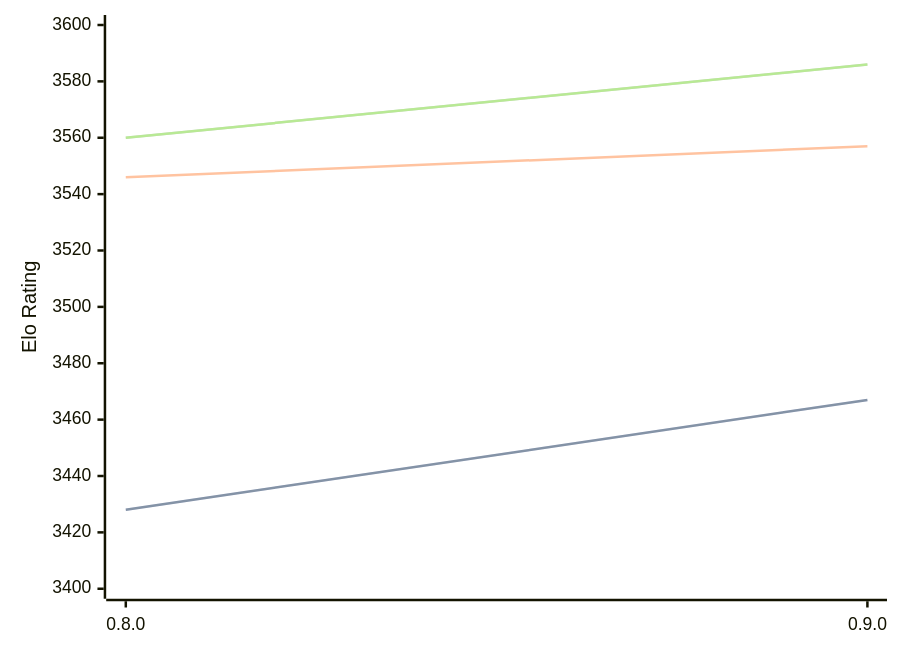
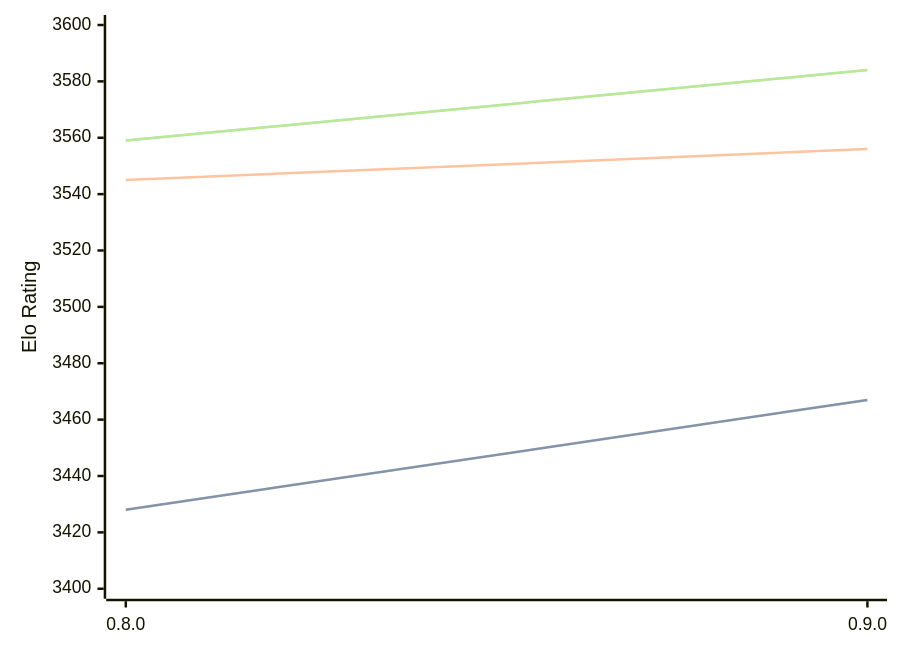
One commit to computer-chess-index/cci changed the first of 3 diagrams in engines/Reckless.md. Above: the diagram before and after it, drawn with Mermaid. The commit also changed other lines of this file, not shown here.

Commit message:
Update CCI Ratings (ELO VLTC) - 2026-06-27

````diff
--- a/engines/Reckless.md
+++ b/engines/Reckless.md
@@ -39,11 +39,11 @@
 ```mermaid
 %%{init: {"theme":"base","themeVariables":{"seriesColors:['#a3a3a3','#222221','#faa371']}}}%%
 xychart-beta
   x-axis ["0.8.0", "0.9.0"]
   y-axis "Elo Rating" 3400 --> 3600
   line "STC (8.0+0.08s)" [3428, 3467]
   line "STC (8.0+0.08s)" [3428, 3467]
-  line "LTC (60.0+0.60s)" [3546, 3557]
-  line "VLTC (2m24s+1.12s)" [3560, 3586]
-  line "VLTC (2m24s+1.12s)" [3560, 3586]
+  line "LTC (60.0+0.60s)" [3545, 3556]
+  line "VLTC (2m24s+1.12s)" [3559, 3584]
+  line "VLTC (2m24s+1.12s)" [3559, 3584]
 ```
````
